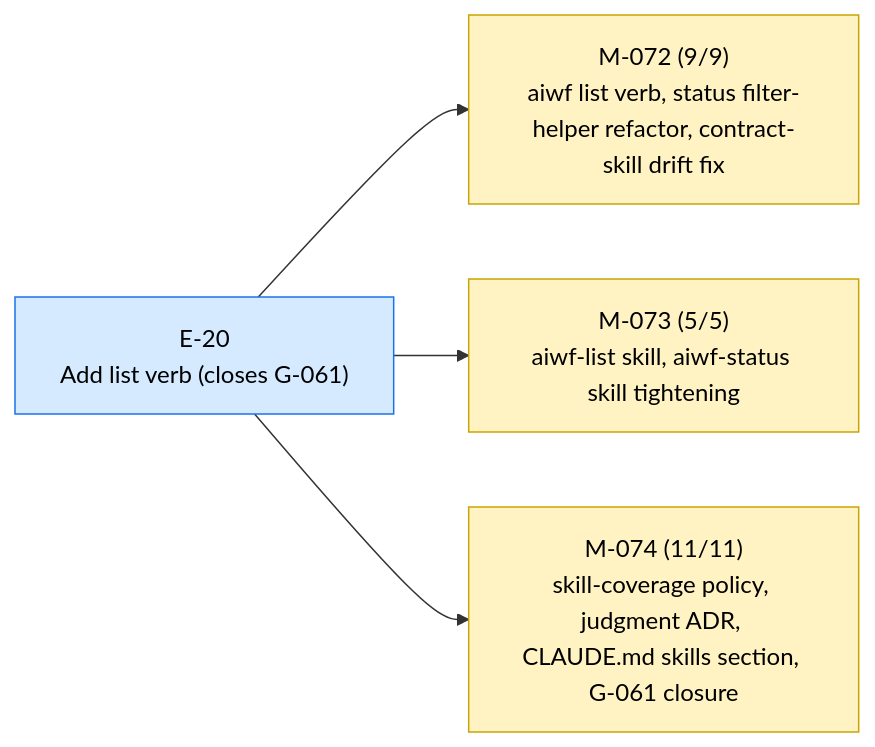
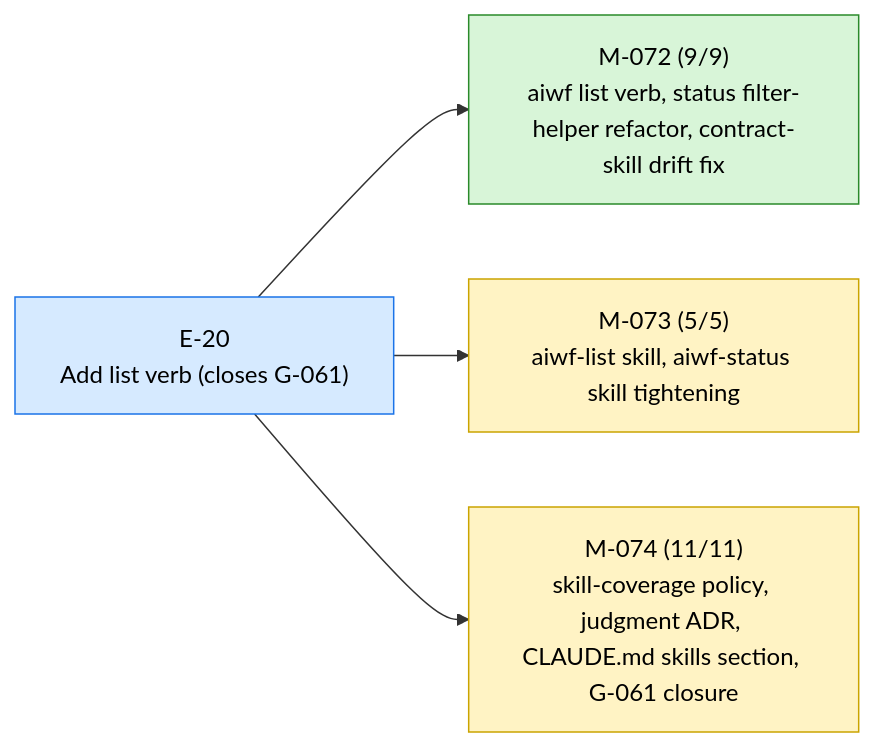
Before and after one commit to 23min/aiwf: the first of 2 diagrams in STATUS.md, drawn with Mermaid. The commit also changed other lines of this file and 1 other file, not shown here.

First line of the commit message:
aiwf promote M-072 in_progress -> done

````diff
--- a/STATUS.md
+++ b/STATUS.md
@@ -13,16 +13,16 @@
 ```mermaid
 flowchart LR
   E_20["E-20<br/>Add list verb (closes G-061)"]:::epic_active
-  M_072["M-072 (9/9)<br/>aiwf list verb, status filter-helper refactor, contract-skill drift fix"]:::ms_in_progress
+  M_072["M-072 (9/9)<br/>aiwf list verb, status filter-helper refactor, contract-skill drift fix"]:::ms_done
   E_20 --> M_072
   M_073["M-073 (5/5)<br/>aiwf-list skill, aiwf-status skill tightening"]:::ms_in_progress
   E_20 --> M_073
   M_074["M-074 (11/11)<br/>skill-coverage policy, judgment ADR, CLAUDE.md skills section, G-061 closure"]:::ms_in_progress
   E_20 --> M_074
   classDef epic_active fill:#d6eaff,stroke:#1a73e8,color:#000
   classDef epic_proposed fill:#f4f4f4,stroke:#888,color:#000
   classDef ms_done fill:#d8f5d8,stroke:#2a8a2a,color:#000
   classDef ms_in_progress fill:#fff3c4,stroke:#caa400,color:#000
   classDef ms_draft fill:#f4f4f4,stroke:#888,color:#000
   classDef ms_cancelled fill:#fbeaea,stroke:#c33,color:#000
 ```
````
